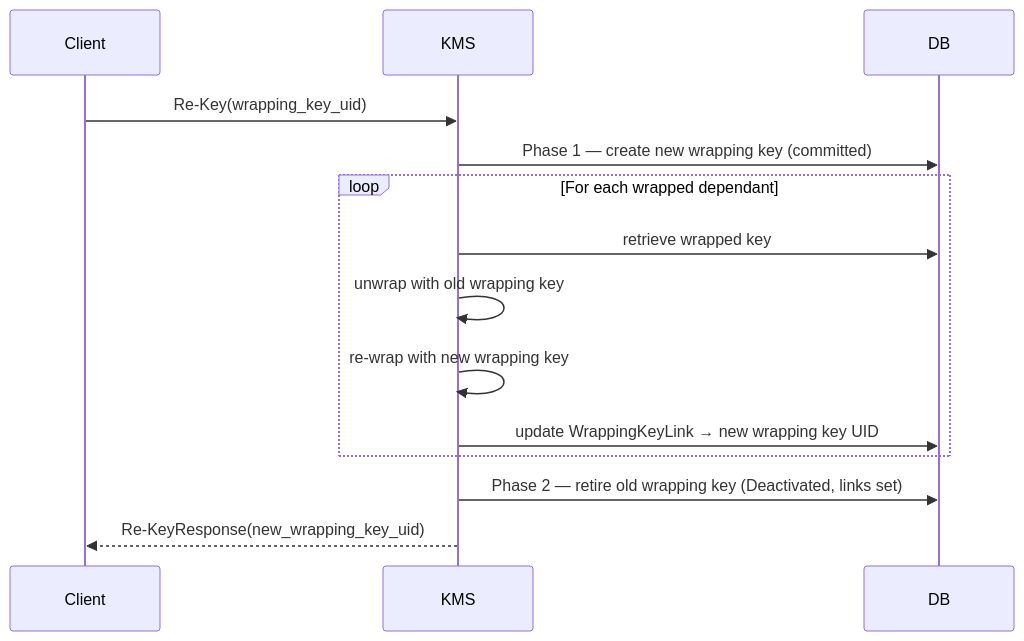
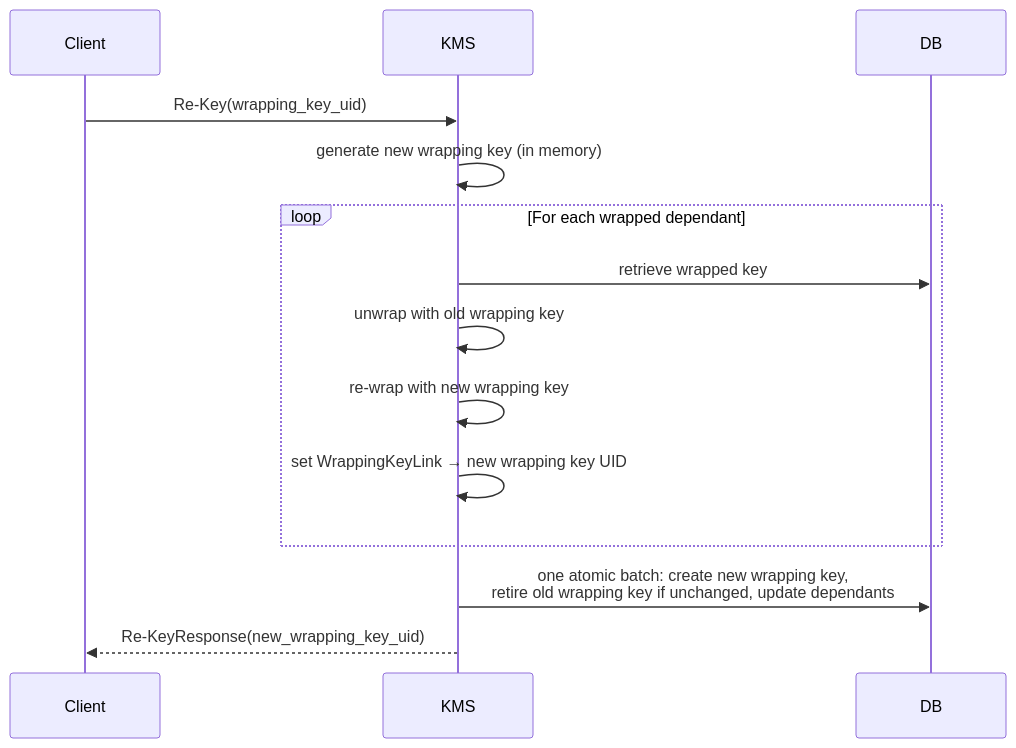
The second of 6 diagrams in documentation/docs/kmip_support/key_rotation/index.md (Cosmian/kms), drawn with Mermaid before and after one commit. The commit also changed other lines of this file and 3 other files, not shown here.

````diff
--- a/documentation/docs/kmip_support/key_rotation/index.md
+++ b/documentation/docs/kmip_support/key_rotation/index.md
@@ -261,17 +265,17 @@
 ```mermaid
 sequenceDiagram
     participant Client
     participant KMS
     participant DB
 
     Client->>KMS: Re-Key(wrapping_key_uid)
-    KMS->>DB: Phase 1 — create new wrapping key (committed)
+    KMS->>KMS: generate new wrapping key (in memory)
     loop For each wrapped dependant
         KMS->>DB: retrieve wrapped key
         KMS->>KMS: unwrap with old wrapping key
         KMS->>KMS: re-wrap with new wrapping key
-        KMS->>DB: update WrappingKeyLink → new wrapping key UID
+        KMS->>KMS: set WrappingKeyLink → new wrapping key UID
     end
-    KMS->>DB: Phase 2 — retire old wrapping key (Deactivated, links set)
+    KMS->>DB: one atomic batch: create new wrapping key,<br/>retire old wrapping key if unchanged, update dependants
     KMS-->>Client: Re-KeyResponse(new_wrapping_key_uid)
 ```
````
